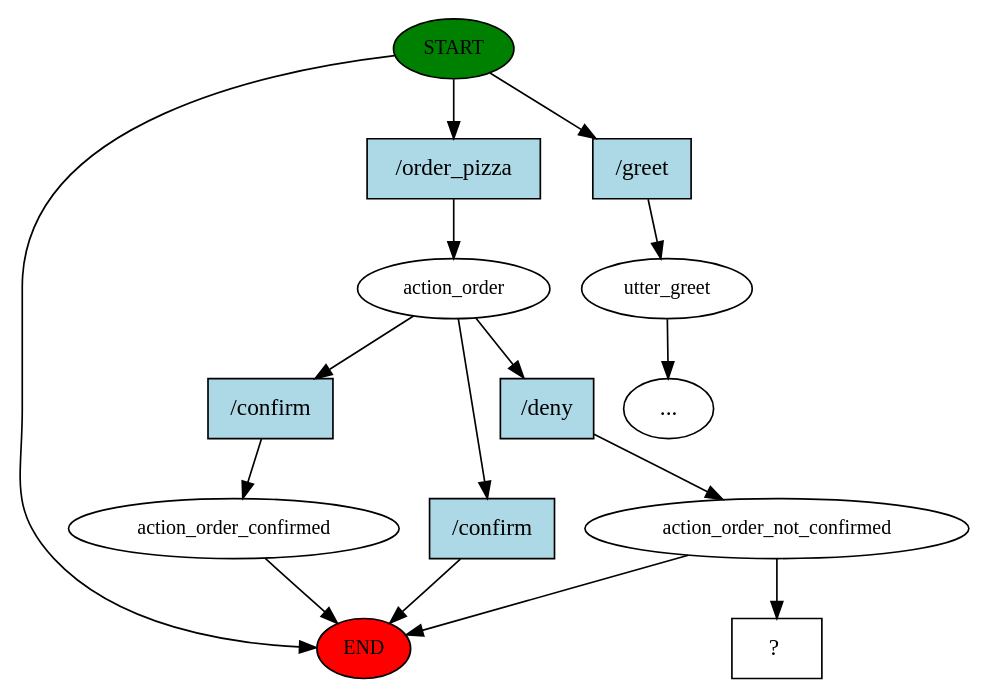
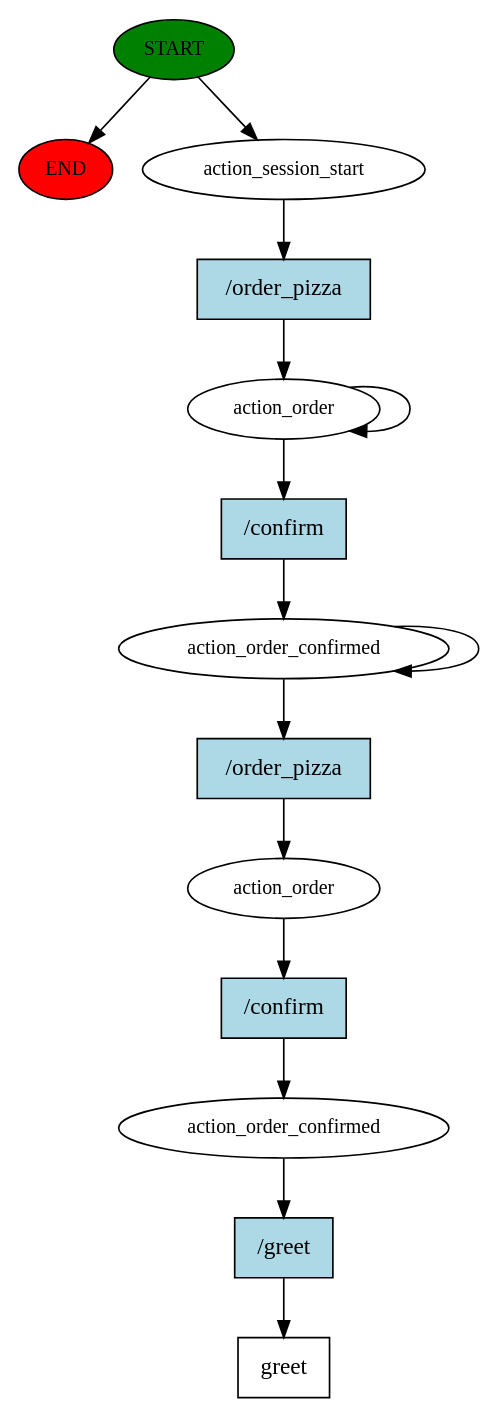
The diagram in rasa project/story_graph.dot (francesco-vaccari/HMD-Project), drawn with Graphviz before and after one commit. The commit also changed 3 other files, not shown here.

```diff
--- a/rasa project/story_graph.dot
+++ b/rasa project/story_graph.dot
@@ -1,30 +1,29 @@
 digraph  {
 0 [class="start active", fillcolor=green, fontsize=12, label=START, style=filled];
 "-1" [class=end, fillcolor=red, fontsize=12, label=END, style=filled];
-1 [class=active, fontsize=12, label=action_order];
-2 [class="", fontsize=12, label=action_order_confirmed];
-4 [class="", fontsize=12, label=utter_greet];
-"-6" [class=ellipsis, label="..."];
-11 [class=active, fontsize=12, label=action_order_not_confirmed];
-16 [class="intent dashed active", label="  ?  ", shape=rect];
-17 [class="intent active", fillcolor=lightblue, label="/order_pizza", shape=rect, style=filled];
-18 [class=intent, fillcolor=lightblue, label="/greet", shape=rect, style=filled];
-19 [class=intent, fillcolor=lightblue, label="/confirm", shape=rect, style=filled];
-20 [class=intent, fillcolor=lightblue, label="/confirm", shape=rect, style=filled];
-21 [class="intent active", fillcolor=lightblue, label="/deny", shape=rect, style=filled];
+1 [class=active, fontsize=12, label=action_session_start];
+2 [class=active, fontsize=12, label=action_order];
+4 [class=active, fontsize=12, label=action_order_confirmed];
+6 [class=active, fontsize=12, label=action_order];
+7 [class=active, fontsize=12, label=action_order_confirmed];
+8 [class="intent dashed active", label=greet, shape=rect];
+9 [class="intent active", fillcolor=lightblue, label="/order_pizza", shape=rect, style=filled];
+10 [class="intent active", fillcolor=lightblue, label="/confirm", shape=rect, style=filled];
+11 [class="intent active", fillcolor=lightblue, label="/order_pizza", shape=rect, style=filled];
+12 [class="intent active", fillcolor=lightblue, label="/confirm", shape=rect, style=filled];
+13 [class="intent active", fillcolor=lightblue, label="/greet", shape=rect, style=filled];
 0 -> "-1"  [class="", key=NONE, label=""];
-0 -> 17  [class=active, key=0];
-0 -> 18  [class="", key=0];
-1 -> 19  [class="", key=0];
-1 -> 20  [class="", key=0];
-1 -> 21  [class=active, key=0];
-2 -> "-1"  [class="", key=NONE, label=""];
-4 -> "-6"  [class="", key=NONE, label=""];
-11 -> "-1"  [class="", key=NONE, label=""];
-11 -> 16  [class=active, key=NONE, label=""];
-17 -> 1  [class=active, key=0];
-18 -> 4  [class="", key=0];
-19 -> 2  [class="", key=0];
-20 -> "-1"  [class="", key=0];
-21 -> 11  [class=active, key=0];
+0 -> 1  [class=active, key=NONE, label=""];
+1 -> 9  [class=active, key=0];
+2 -> 2  [class=active, key=NONE, label=""];
+2 -> 10  [class=active, key=0];
+4 -> 4  [class=active, key=NONE, label=""];
+4 -> 11  [class=active, key=0];
+6 -> 12  [class=active, key=0];
+7 -> 13  [class=active, key=0];
+9 -> 2  [class=active, key=0];
+10 -> 4  [class=active, key=0];
+11 -> 6  [class=active, key=0];
+12 -> 7  [class=active, key=0];
+13 -> 8  [class=active, key=0];
 }
```
